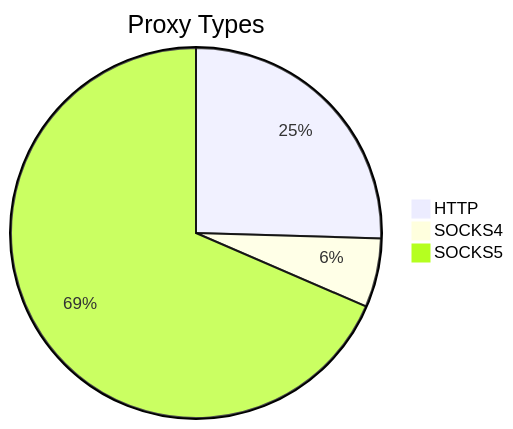
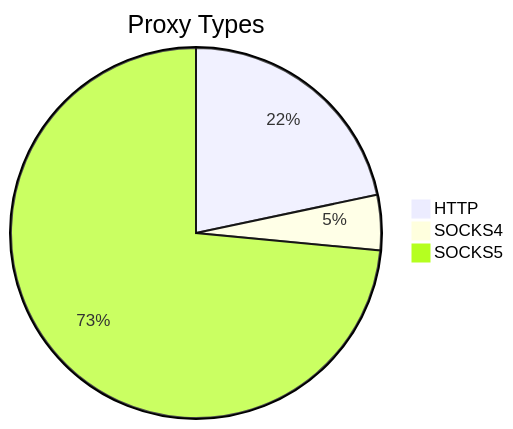
The first of 2 diagrams in README.md (stormsia/proxy-list), drawn with Mermaid before and after one commit. The commit also changed other lines of this file, not shown here.

````diff
--- a/README.md
+++ b/README.md
@@ -21,6 +21,6 @@
 ```mermaid
 pie title Proxy Types
-    "HTTP" : 258
-    "SOCKS4" : 61
-    "SOCKS5" : 694
+    "HTTP" : 162
+    "SOCKS4" : 36
+    "SOCKS5" : 549
 ```
````
